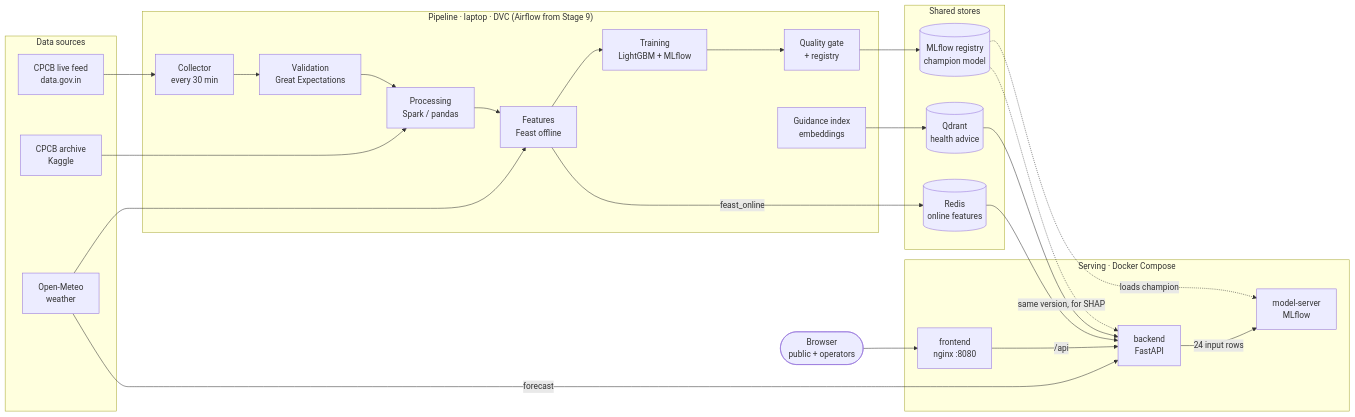
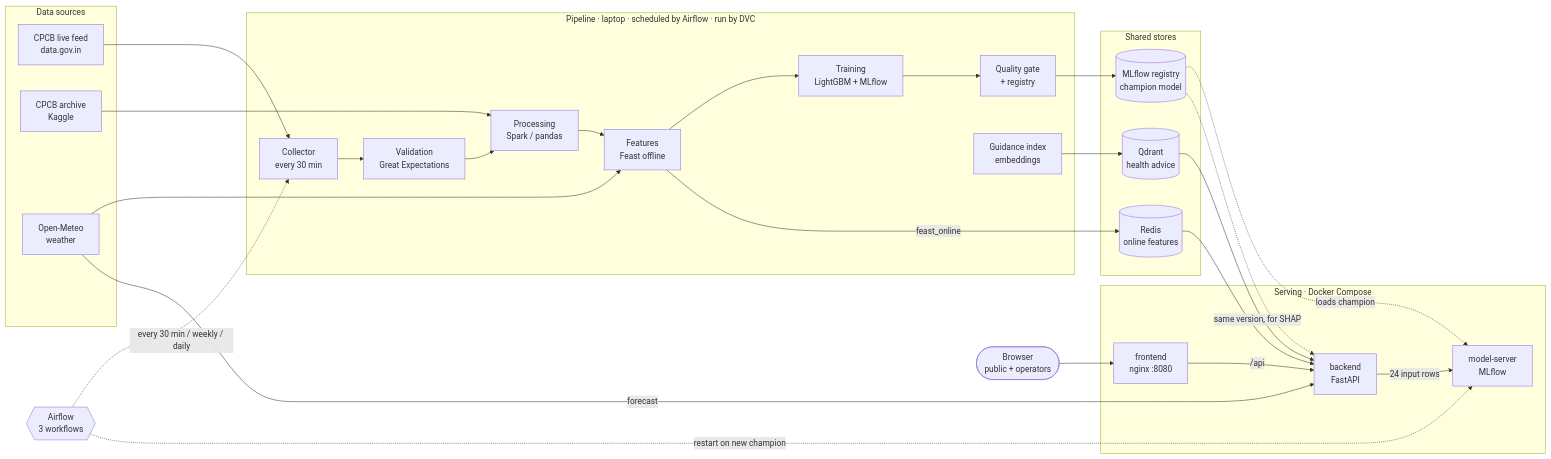
Before and after one commit to VNVSRIHARSHA-GITHUB/airsense: the diagram in docs/architecture.md, drawn with Mermaid. The commit also changed other lines of this file and 5 other files, not shown here.

Commit message:
Docs: Airflow workflows (architecture, LLD, user manual, data sources, UI checklist)

````diff
--- a/docs/architecture.md
+++ b/docs/architecture.md
@@ -211,48 +274,51 @@
 ```mermaid
 flowchart LR
     subgraph sources ["Data sources"]
         CPCB["CPCB live feed<br/>data.gov.in"]
         HIST["CPCB archive<br/>Kaggle"]
         OM["Open-Meteo<br/>weather"]
     end
 
-    subgraph pipeline ["Pipeline · laptop · DVC (Airflow from Stage 9)"]
+    subgraph pipeline ["Pipeline · laptop · scheduled by Airflow · run by DVC"]
         COL["Collector<br/>every 30 min"]
         VAL["Validation<br/>Great Expectations"]
         PROC["Processing<br/>Spark / pandas"]
         FEAT["Features<br/>Feast offline"]
         TRAIN["Training<br/>LightGBM + MLflow"]
         GATE["Quality gate<br/>+ registry"]
         GIDX["Guidance index<br/>embeddings"]
         COL --> VAL --> PROC --> FEAT --> TRAIN --> GATE
     end
 
     subgraph stores ["Shared stores"]
         REG[("MLflow registry<br/>champion model")]
         RED[("Redis<br/>online features")]
         QD[("Qdrant<br/>health advice")]
     end
 
     subgraph serving ["Serving · Docker Compose"]
         NG["frontend<br/>nginx :8080"]
         BE["backend<br/>FastAPI"]
         MS["model-server<br/>MLflow"]
         NG -- "/api" --> BE
         BE -- "24 input rows" --> MS
     end
 
     USER(["Browser<br/>public + operators"])
+    AF{{"Airflow<br/>3 workflows"}}
+    AF -. "every 30 min / weekly / daily" .-> COL
+    AF -. "restart on new champion" .-> MS
 
     CPCB --> COL
     HIST --> PROC
     OM --> FEAT
     GATE --> REG
     FEAT -- "feast_online" --> RED
     GIDX --> QD
     REG -. "loads champion" .-> MS
     REG -. "same version, for SHAP" .-> BE
     RED --> BE
     QD --> BE
     OM -- "forecast" --> BE
     USER --> NG
 ```
````
